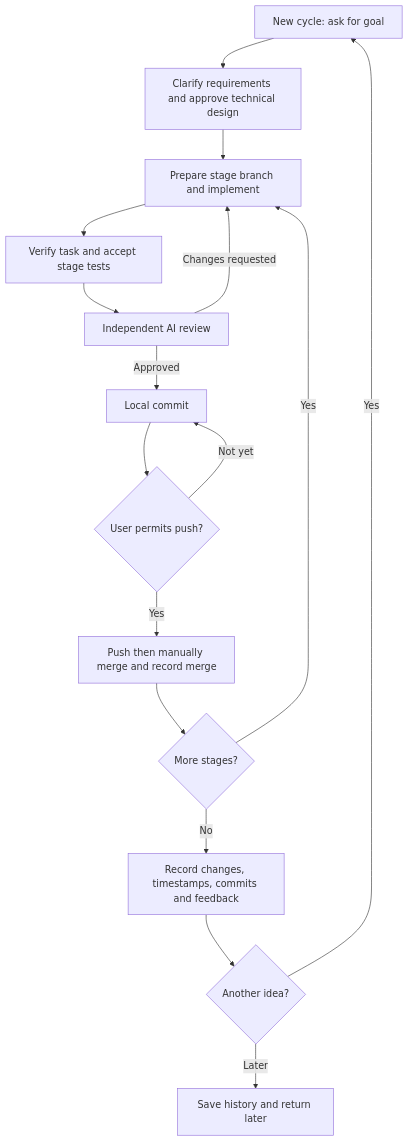
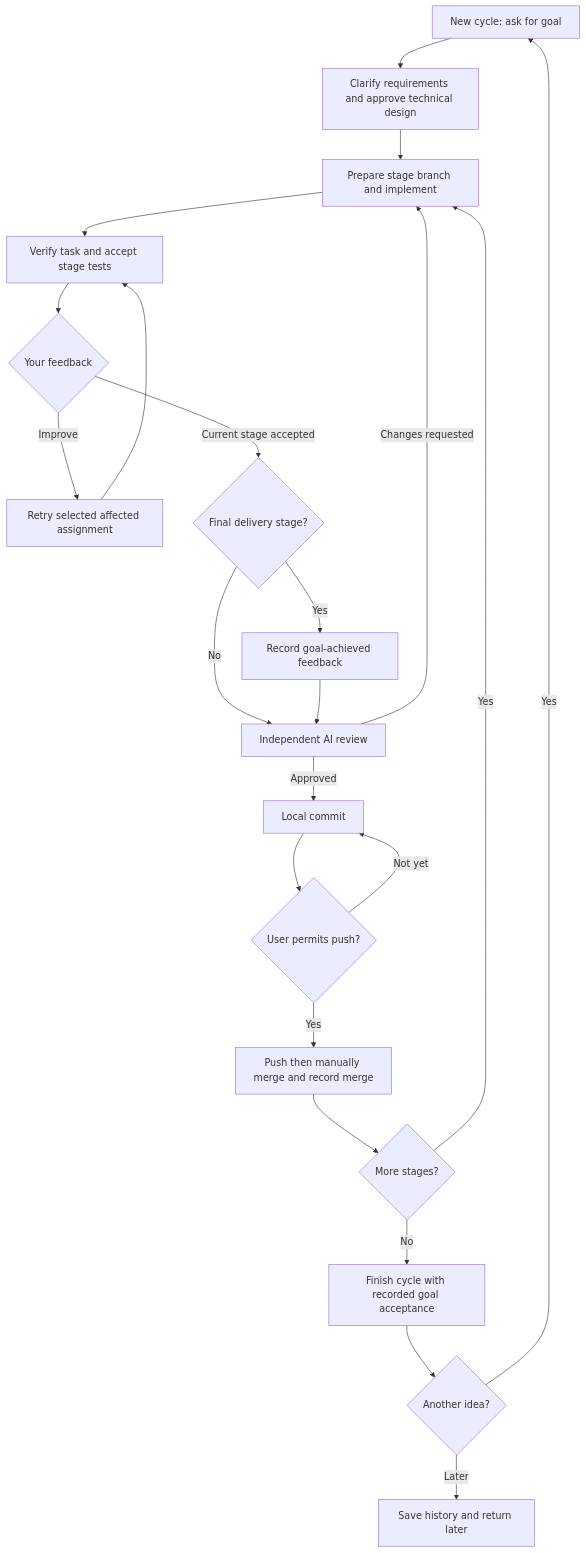
The first of 2 diagrams in README.md (davidyao4344314/codex-project-orchestrator), drawn with Mermaid before and after one commit. The commit also changed other lines of this file and 4 other files, not shown here.

````diff
--- a/README.md
+++ b/README.md
@@ -10,18 +10,24 @@
 ```mermaid
 flowchart TD
     Idea[New cycle: ask for goal] --> Plan[Clarify requirements and approve technical design]
     Plan --> Stage[Prepare stage branch and implement]
     Stage --> Tests[Verify task and accept stage tests]
-    Tests --> Review[Independent AI review]
+    Tests --> FeedbackChoice{Your feedback}
+    FeedbackChoice -->|Improve| Target[Retry selected affected assignment]
+    Target --> Tests
+    FeedbackChoice -->|Current stage accepted| Final{Final delivery stage?}
+    Final -->|No| Review[Independent AI review]
+    Final -->|Yes| Goal[Record goal-achieved feedback]
+    Goal --> Review
     Review -->|Changes requested| Stage
     Review -->|Approved| Commit[Local commit]
     Commit --> Permission{User permits push?}
     Permission -->|Yes| Merge[Push then manually merge and record merge]
     Permission -->|Not yet| Commit
     Merge --> More{More stages?}
     More -->|Yes| Stage
-    More -->|No| Feedback[Record changes, timestamps, commits and feedback]
+    More -->|No| Feedback[Finish cycle with recorded goal acceptance]
     Feedback --> Again{Another idea?}
     Again -->|Yes| Idea
     Again -->|Later| Pause[Save history and return later]
 ```
````
